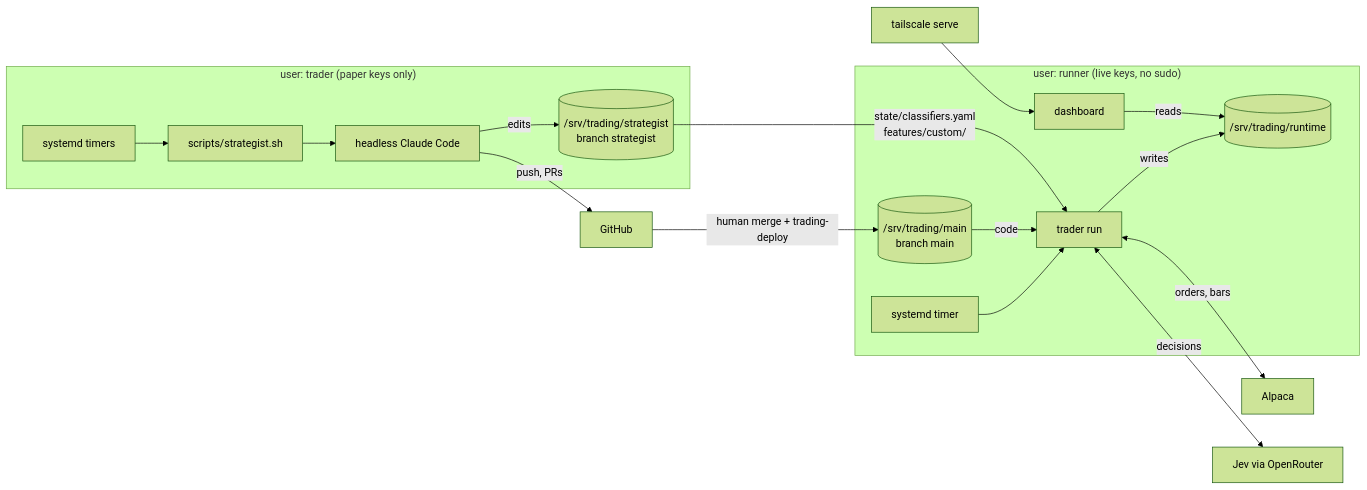
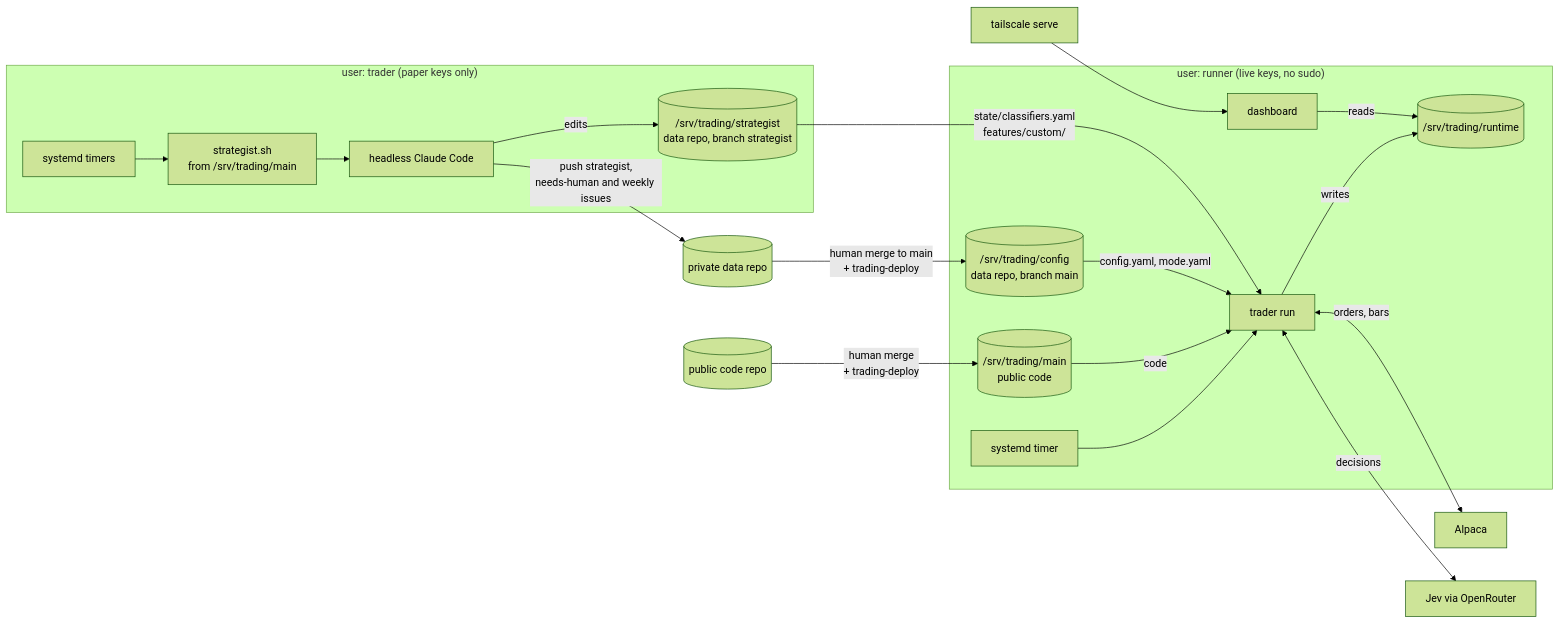
Before and after one commit to gilesknap/jev-trader: the first of 2 diagrams in docs/explanations/architecture.md, drawn with Mermaid (forest theme). The commit also changed other lines of this file and 44 other files, not shown here.

````diff
--- a/docs/explanations/architecture.md
+++ b/docs/explanations/architecture.md
@@ -10,20 +29,22 @@
 ```{mermaid}
 flowchart LR
     subgraph trader["user: trader (paper keys only)"]
-        T[systemd timers] --> W[scripts/strategist.sh]
+        T[systemd timers] --> W[strategist.sh<br/>from /srv/trading/main]
         W --> C[headless Claude Code]
-        C -->|edits| S[(/srv/trading/strategist<br/>branch strategist)]
+        C -->|edits| S[(/srv/trading/strategist<br/>data repo, branch strategist)]
     end
     subgraph runner["user: runner (live keys, no sudo)"]
         RT[systemd timer] --> R[trader run]
         R -->|writes| RD[(/srv/trading/runtime)]
         D[dashboard] -->|reads| RD
-        M[(/srv/trading/main<br/>branch main)] -->|code| R
+        M[(/srv/trading/main<br/>public code)] -->|code| R
+        CF[(/srv/trading/config<br/>data repo, branch main)] -->|config.yaml, mode.yaml| R
     end
     S -->|state/classifiers.yaml<br/>features/custom/| R
     R <-->|orders, bars| A[Alpaca]
     R <-->|decisions| J[Jev via OpenRouter]
-    C -->|push, PRs| G[GitHub]
-    G -->|human merge + trading-deploy| M
+    C -->|push strategist,<br/>needs-human and weekly issues| G[(private data repo)]
+    G -->|human merge to main<br/>+ trading-deploy| CF
+    P[(public code repo)] -->|human merge<br/>+ trading-deploy| M
     TS[tailscale serve] --> D
 ```
````
